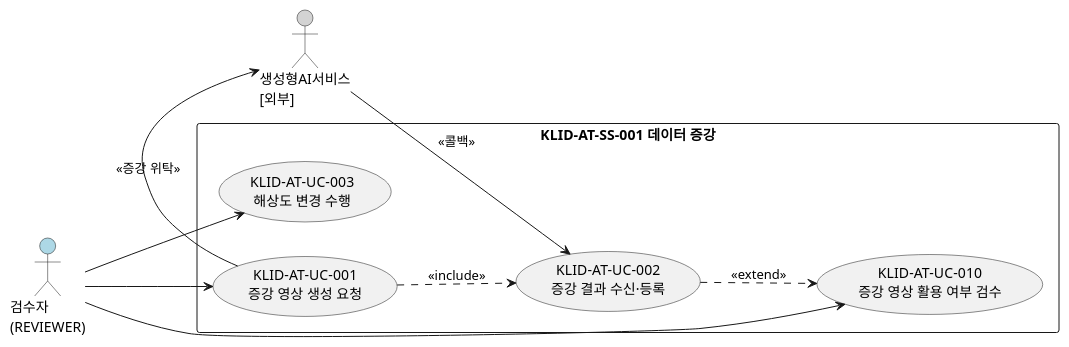
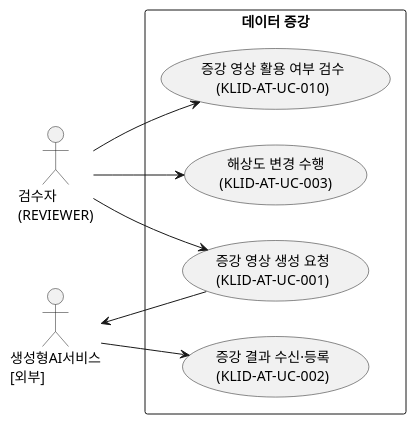
One commit to New-stella/klid-label changed the first of 5 diagrams in docs/design/R2-유스케이스명세서.md. Above: the diagram before and after it, drawn with PlantUML. The commit also changed other lines of this file and 7 other files, not shown here.

````diff
--- a/docs/design/R2-유스케이스명세서.md
+++ b/docs/design/R2-유스케이스명세서.md
@@ -58,24 +49,19 @@
 ```plantuml
-@startuml KLID-AT-UCD-001
+@startuml
 left to right direction
 skinparam packageStyle rectangle
-
-actor "검수자\n(REVIEWER)" as REVIEWER #LightBlue
-actor "생성형AI서비스\n[외부]" as AI #LightGray
-
-rectangle "KLID-AT-SS-001 데이터 증강" {
-  usecase "KLID-AT-UC-001\n증강 영상 생성 요청" as UC001
-  usecase "KLID-AT-UC-002\n증강 결과 수신·등록" as UC002
-  usecase "KLID-AT-UC-003\n해상도 변경 수행" as UC003
-  usecase "KLID-AT-UC-010\n증강 영상 활용 여부 검수" as UC010
+actor "검수자\n(REVIEWER)" as REVIEWER
+actor "생성형AI서비스\n[외부]" as GENAI
+rectangle "데이터 증강" {
+  usecase "증강 영상 생성 요청\n(KLID-AT-UC-001)" as UC1
+  usecase "증강 결과 수신·등록\n(KLID-AT-UC-002)" as UC2
+  usecase "증강 영상 활용 여부 검수\n(KLID-AT-UC-010)" as UC10
+  usecase "해상도 변경 수행\n(KLID-AT-UC-003)" as UC3
 }
-
-REVIEWER --> UC001
-REVIEWER --> UC003
-REVIEWER --> UC010
-UC001 --> AI : <<증강 위탁>>
-AI --> UC002 : <<콜백>>
-UC001 ..> UC002 : <<include>>
-UC002 ..> UC010 : <<extend>>
+REVIEWER --> UC1
+REVIEWER --> UC10
+REVIEWER --> UC3
+UC1 --> GENAI
+GENAI --> UC2
 @enduml
 ```
````
